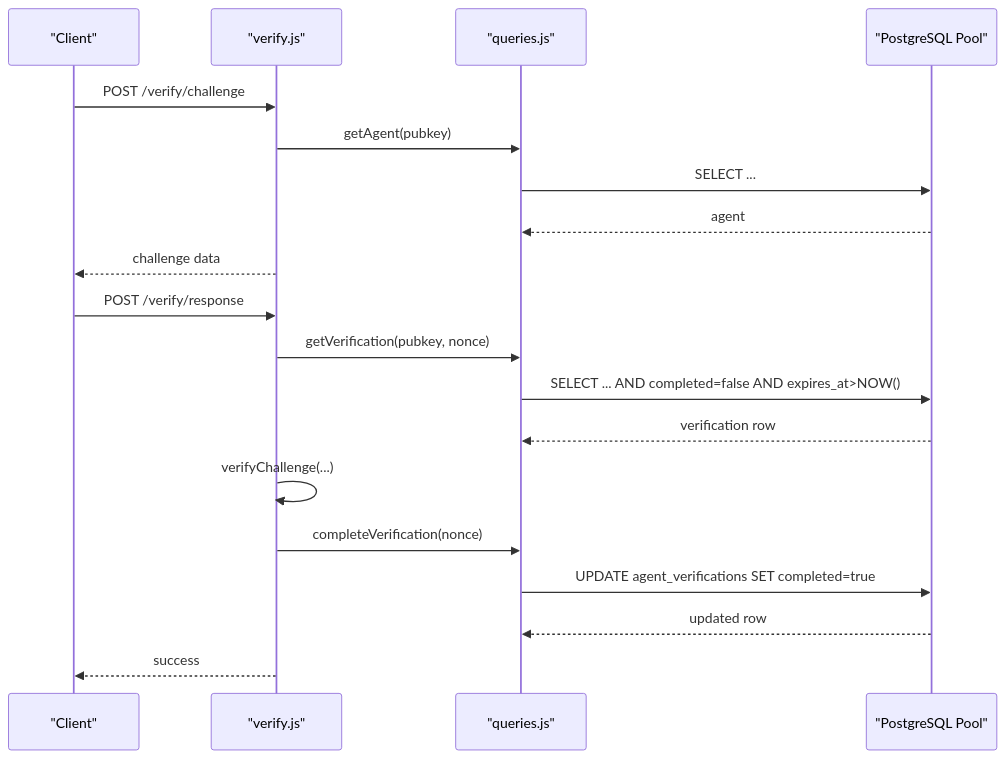
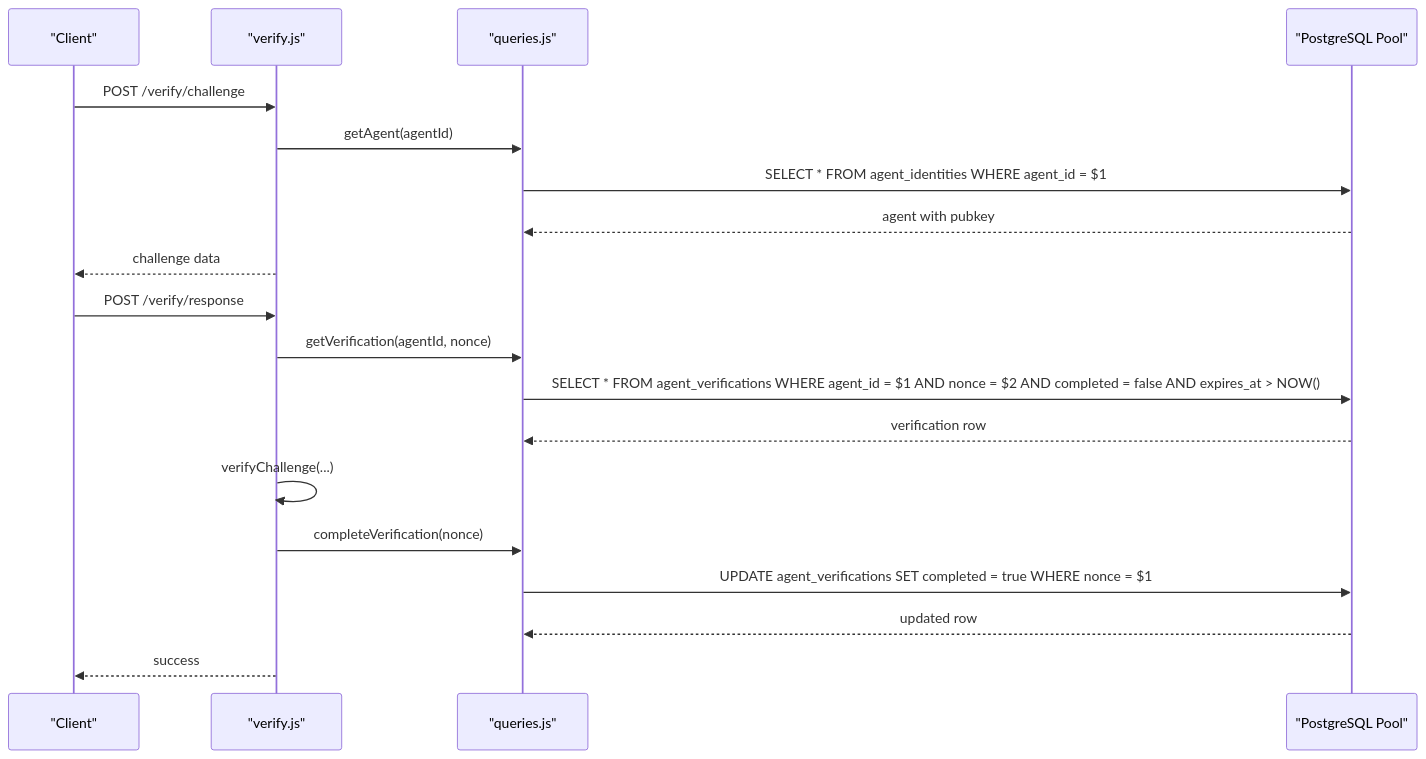
One commit to RunTimeAdmin/AgentID changed the fifth of 9 diagrams in .qoder/repowiki/en/content/Database Design/Database Design.md. Above: the diagram before and after it, drawn with Mermaid. The commit also changed other lines of this file and 31 other files, not shown here.

````diff
--- a/.qoder/repowiki/en/content/Database Design/Database Design.md
+++ b/.qoder/repowiki/en/content/Database Design/Database Design.md
@@ -395,21 +447,21 @@
 ```mermaid
 sequenceDiagram
 participant Client as "Client"
 participant VerifyRoutes as "verify.js"
 participant Queries as "queries.js"
 participant DB as "PostgreSQL Pool"
 Client->>VerifyRoutes : POST /verify/challenge
-VerifyRoutes->>Queries : getAgent(pubkey)
-Queries->>DB : SELECT ...
-DB-->>Queries : agent
+VerifyRoutes->>Queries : getAgent(agentId)
+Queries->>DB : SELECT * FROM agent_identities WHERE agent_id = $1
+DB-->>Queries : agent with pubkey
 VerifyRoutes-->>Client : challenge data
 Client->>VerifyRoutes : POST /verify/response
-VerifyRoutes->>Queries : getVerification(pubkey, nonce)
-Queries->>DB : SELECT ... AND completed=false AND expires_at>NOW()
+VerifyRoutes->>Queries : getVerification(agentId, nonce)
+Queries->>DB : SELECT * FROM agent_verifications WHERE agent_id = $1 AND nonce = $2 AND completed = false AND expires_at > NOW()
 DB-->>Queries : verification row
 VerifyRoutes->>VerifyRoutes : verifyChallenge(...)
 VerifyRoutes->>Queries : completeVerification(nonce)
-Queries->>DB : UPDATE agent_verifications SET completed=true
+Queries->>DB : UPDATE agent_verifications SET completed = true WHERE nonce = $1
 DB-->>Queries : updated row
 VerifyRoutes-->>Client : success
 ```
````
